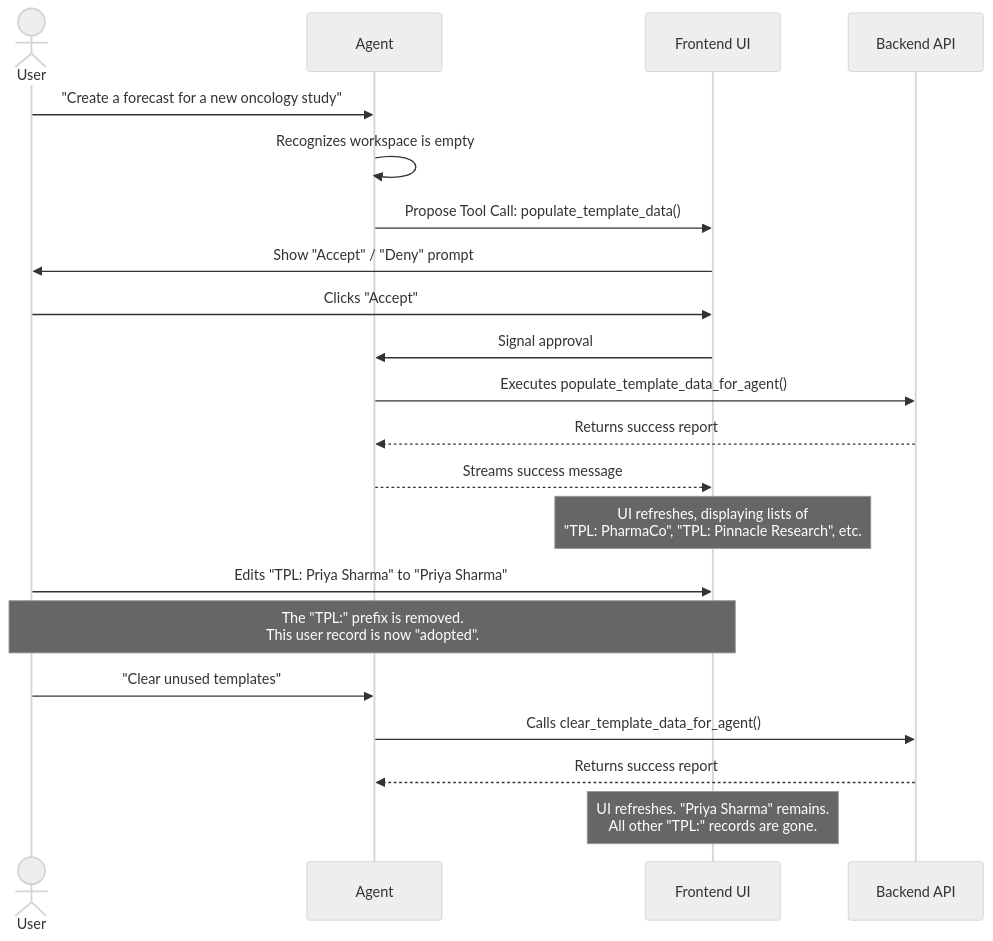
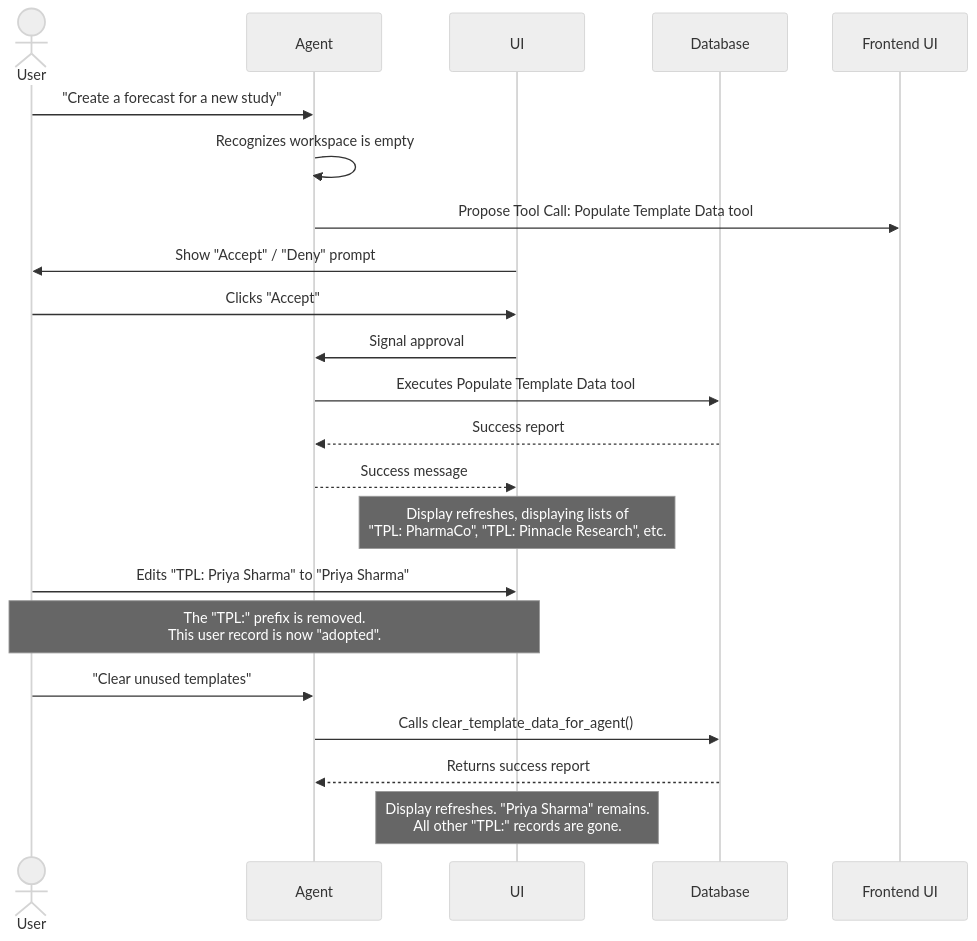
Before and after one commit to ctfbio/ctfbio-ai: the first of 3 diagrams in README.md, drawn with Mermaid (neutral theme).

````diff
--- a/README.md
+++ b/README.md
@@ -59,27 +59,27 @@
 ```mermaid
 sequenceDiagram
     actor User
     participant Agent
-    participant Frontend UI
-    participant Backend API
+    participant UI
+    participant Database
 
-    User->>Agent: "Create a forecast for a new oncology study"
+    User->>Agent: "Create a forecast for a new study"
     Agent->>Agent: Recognizes workspace is empty
-    Agent->>Frontend UI: Propose Tool Call: populate_template_data()
-    Frontend UI->>User: Show "Accept" / "Deny" prompt
+    Agent->>Frontend UI: Propose Tool Call: Populate Template Data tool
+    UI->>User: Show "Accept" / "Deny" prompt
 
-    User->>Frontend UI: Clicks "Accept"
-    Frontend UI->>Agent: Signal approval
-    Agent->>Backend API: Executes populate_template_data_for_agent()
-    Backend API-->>Agent: Returns success report
-    Agent-->>Frontend UI: Streams success message
-    Note over Frontend UI: UI refreshes, displaying lists of<br/>"TPL: PharmaCo", "TPL: Pinnacle Research", etc.
+    User->>UI: Clicks "Accept"
+    UI->>Agent: Signal approval
+    Agent->>Database: Executes Populate Template Data tool
+    Database-->>Agent: Success report
+    Agent-->>UI: Success message
+    Note over UI: Display refreshes, displaying lists of<br/>"TPL: PharmaCo", "TPL: Pinnacle Research", etc.
 
-    User->>Frontend UI: Edits "TPL: Priya Sharma" to "Priya Sharma"
-    Note over User, Frontend UI: The "TPL:" prefix is removed.<br/>This user record is now "adopted".
+    User->>UI: Edits "TPL: Priya Sharma" to "Priya Sharma"
+    Note over User, UI: The "TPL:" prefix is removed.<br/>This user record is now "adopted".
 
     User->>Agent: "Clear unused templates"
-    Agent->>Backend API: Calls clear_template_data_for_agent()
-    Backend API-->>Agent: Returns success report
-    Note over Frontend UI: UI refreshes. "Priya Sharma" remains.<br/>All other "TPL:" records are gone.
+    Agent->>Database: Calls clear_template_data_for_agent()
+    Database-->>Agent: Returns success report
+    Note over UI: Display refreshes. "Priya Sharma" remains.<br/>All other "TPL:" records are gone.
 ```
````
